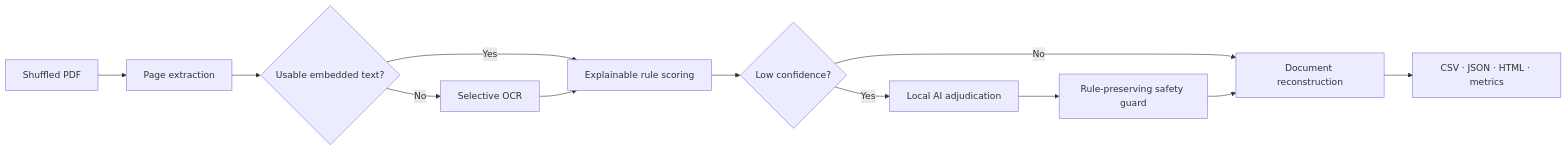
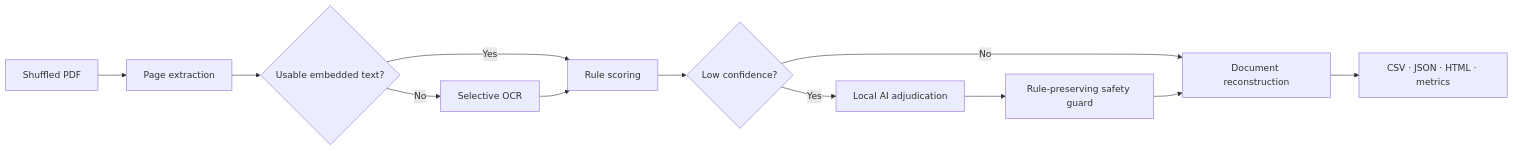
The diagram in README.md (baegjonghyeon291-lab/mortgage-document-classifier), drawn with Mermaid before and after one commit. The commit also changed other lines of this file and 7 other files, not shown here.

````diff
--- a/README.md
+++ b/README.md
@@ -29,14 +29,14 @@
 ```mermaid
 flowchart LR
     PDF["Shuffled PDF"] --> Extract["Page extraction"]
     Extract --> Gate{"Usable embedded text?"}
-    Gate -->|Yes| Rules["Explainable rule scoring"]
+    Gate -->|Yes| Rules["Rule scoring"]
     Gate -->|No| OCR["Selective OCR"]
     OCR --> Rules
     Rules --> Review{"Low confidence?"}
     Review -->|No| Group["Document reconstruction"]
     Review -->|Yes| AI["Local AI adjudication"]
     AI --> Guard["Rule-preserving safety guard"]
     Guard --> Group
     Group --> Output["CSV · JSON · HTML · metrics"]
 ```
````
